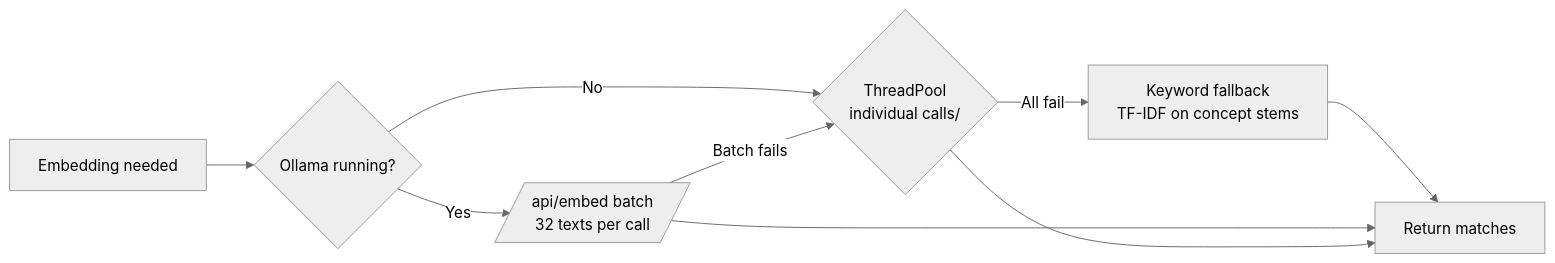
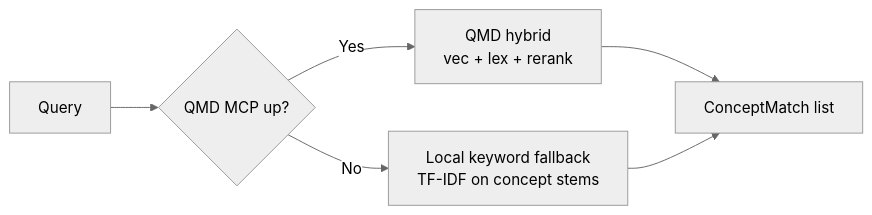
Before and after one commit to 0xminion/obsidian-llm-wiki: the sixth of 6 diagrams in ARCHITECTURE.md, drawn with Mermaid (neutral theme). The commit also changed other lines of this file and 25 other files, not shown here.

````diff
--- a/ARCHITECTURE.md
+++ b/ARCHITECTURE.md
@@ -532,11 +523,8 @@
 ```mermaid
 flowchart LR
-    A[Embedding needed] --> B{Ollama running?}
-    B -->|Yes| C[/api/embed batch<br/>32 texts per call/]
-    B -->|No| D{ThreadPool<br/>individual calls/}
-    C -->|Batch fails| D
-    D -->|All fail| E[Keyword fallback<br/>TF-IDF on concept stems]
-    E --> F[Return matches]
-    C --> F
-    D --> F
+    A[Query] --> B{QMD MCP up?}
+    B -->|Yes| C[QMD hybrid<br/>vec + lex + rerank]
+    B -->|No| D[Local keyword fallback<br/>TF-IDF on concept stems]
+    C --> E[ConceptMatch list]
+    D --> E
 ```
````
